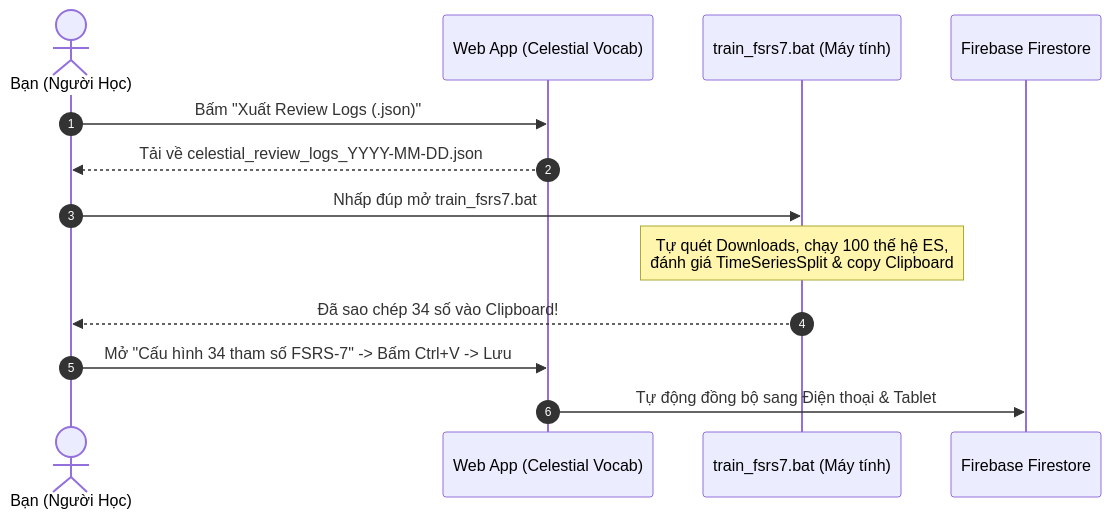
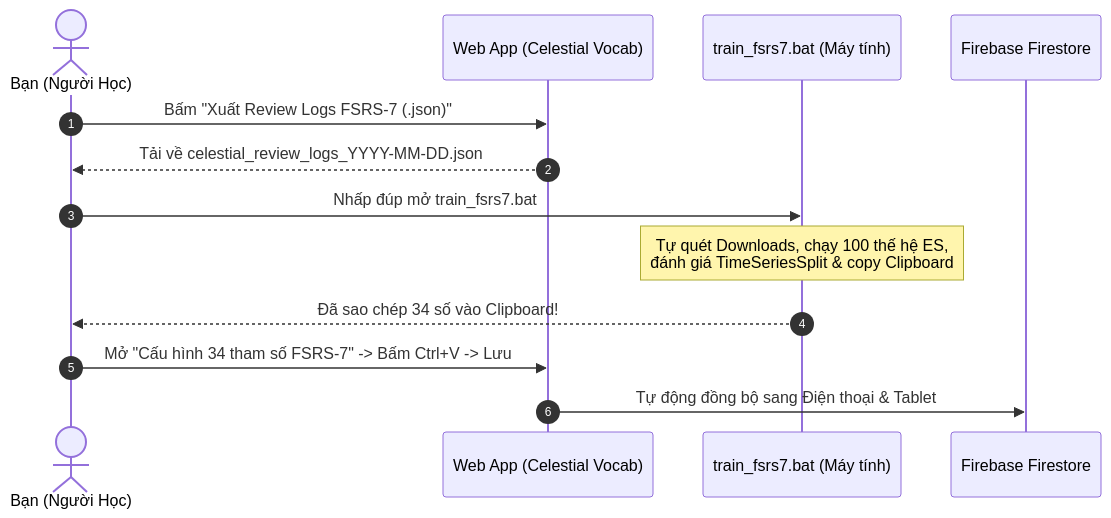
The third of 3 diagrams in README.md (DATWY/ultimate-celestial-vocab), drawn with Mermaid before and after one commit. The commit also changed other lines of this file and 25 other files, not shown here.

````diff
--- a/README.md
+++ b/README.md
@@ -229,16 +319,16 @@
 ```mermaid
 sequenceDiagram
     autonumber
     actor User as Bạn (Người Học)
     participant Web as Web App (Celestial Vocab)
     participant Trainer as train_fsrs7.bat (Máy tính)
     participant Cloud as Firebase Firestore
 
-    User->>Web: Bấm "Xuất Review Logs (.json)"
+    User->>Web: Bấm "Xuất Review Logs FSRS-7 (.json)"
     Web-->>User: Tải về celestial_review_logs_YYYY-MM-DD.json
     User->>Trainer: Nhấp đúp mở train_fsrs7.bat
     Note over Trainer: Tự quét Downloads, chạy 100 thế hệ ES,<br/>đánh giá TimeSeriesSplit & copy Clipboard
     Trainer-->>User: Đã sao chép 34 số vào Clipboard!
     User->>Web: Mở "Cấu hình 34 tham số FSRS-7" -> Bấm Ctrl+V -> Lưu
     Web->>Cloud: Tự động đồng bộ sang Điện thoại & Tablet
 ```
````
